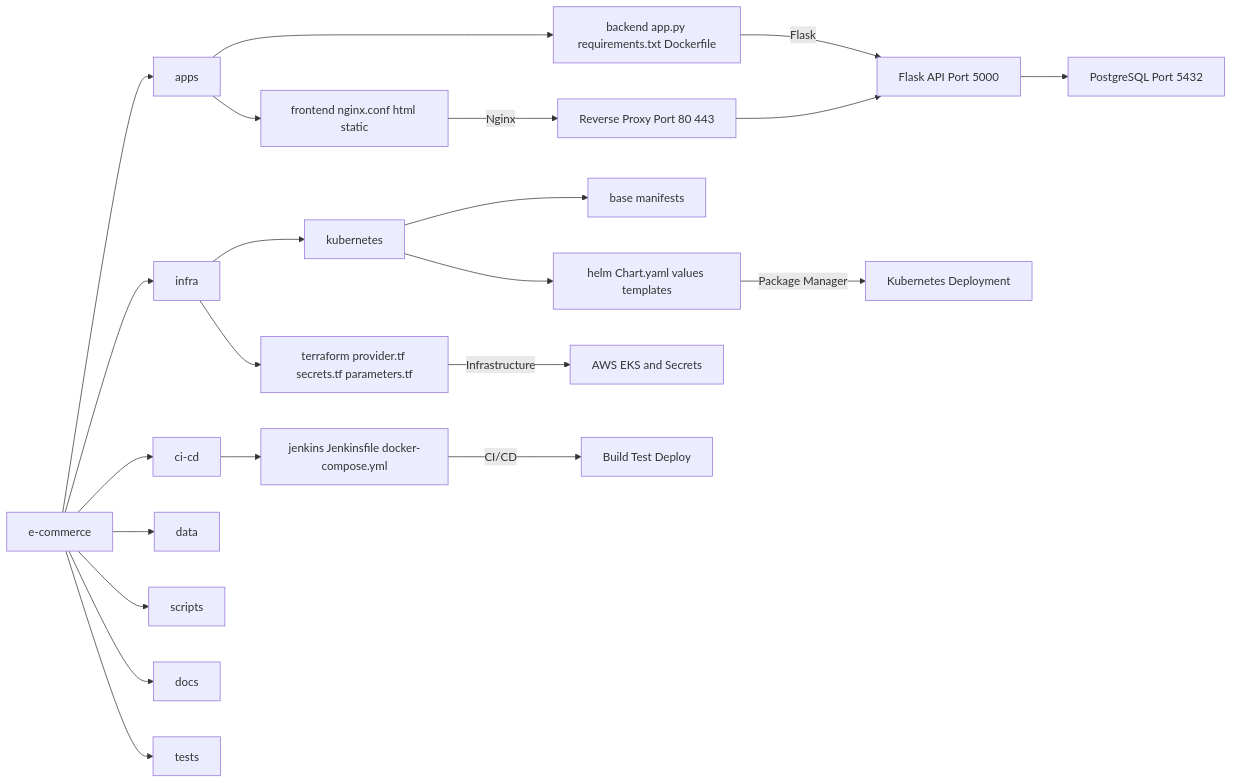
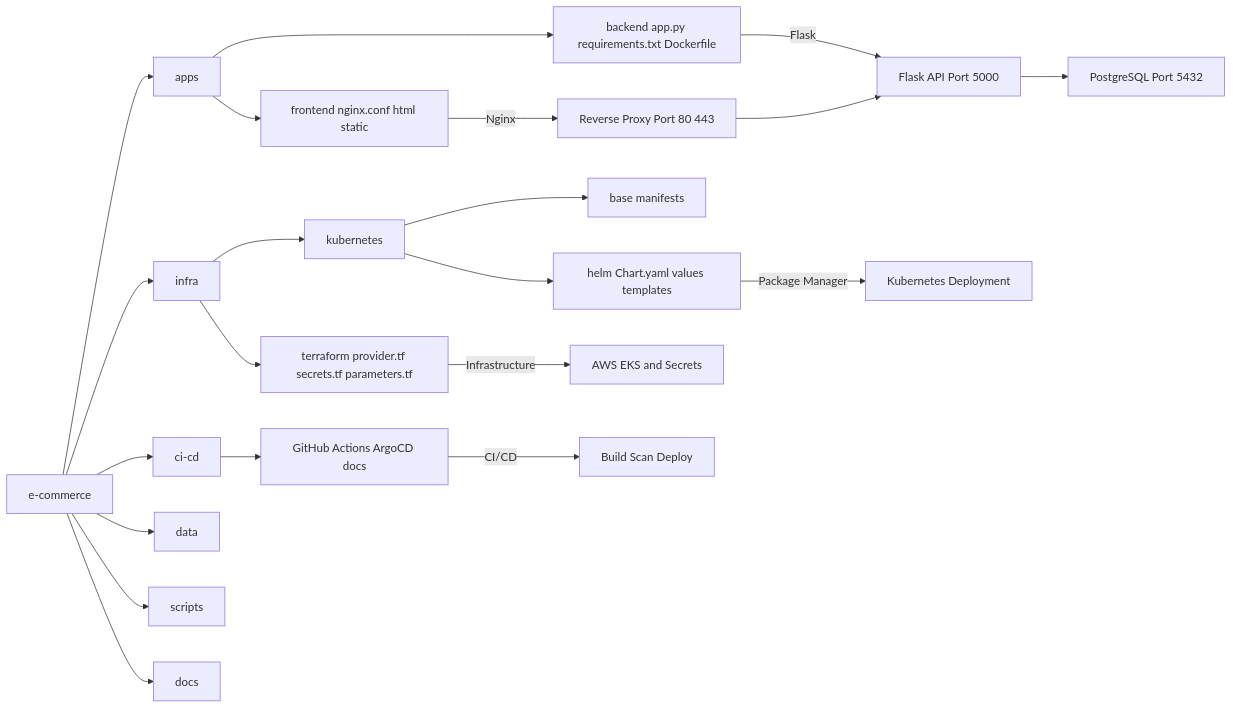
One commit to Narendra-Geddam/ecommerce-website changed the diagram in docs/diagrams/src/02-folder-structure-hierarchy.mmd. Above: the diagram before and after it, drawn with Mermaid. The commit also changed 27 other files, not shown here.

```diff
--- a/docs/diagrams/src/02-folder-structure-hierarchy.mmd
+++ b/docs/diagrams/src/02-folder-structure-hierarchy.mmd
@@ -1,23 +1,22 @@
 graph LR
     ROOT[e-commerce]
     ROOT --> APPS[apps]
     ROOT --> INFRA[infra]
     ROOT --> CICD[ci-cd]
     ROOT --> DATA[data]
     ROOT --> SCRIPTS[scripts]
     ROOT --> DOCS[docs]
-    ROOT --> TESTS[tests]
     APPS --> BACKEND[backend app.py requirements.txt Dockerfile]
     APPS --> FRONTEND[frontend nginx.conf html static]
     INFRA --> K8S[kubernetes]
     INFRA --> TF[terraform provider.tf secrets.tf parameters.tf]
     K8S --> HELM[helm Chart.yaml values templates]
     K8S --> BASE[base manifests]
-    CICD --> JENKINS[jenkins Jenkinsfile docker-compose.yml]
+    CICD --> WORKFLOW[GitHub Actions ArgoCD docs]
     BACKEND -->|Flask| FLASK[Flask API Port 5000]
     FRONTEND -->|Nginx| NGINX[Reverse Proxy Port 80 443]
     HELM -->|Package Manager| K8SDEP[Kubernetes Deployment]
     TF -->|Infrastructure| AWS[AWS EKS and Secrets]
-    JENKINS -->|CI/CD| BUILD[Build Test Deploy]
+    WORKFLOW -->|CI/CD| BUILD[Build Scan Deploy]
     FLASK --> DB[PostgreSQL Port 5432]
     NGINX --> FLASK
```
